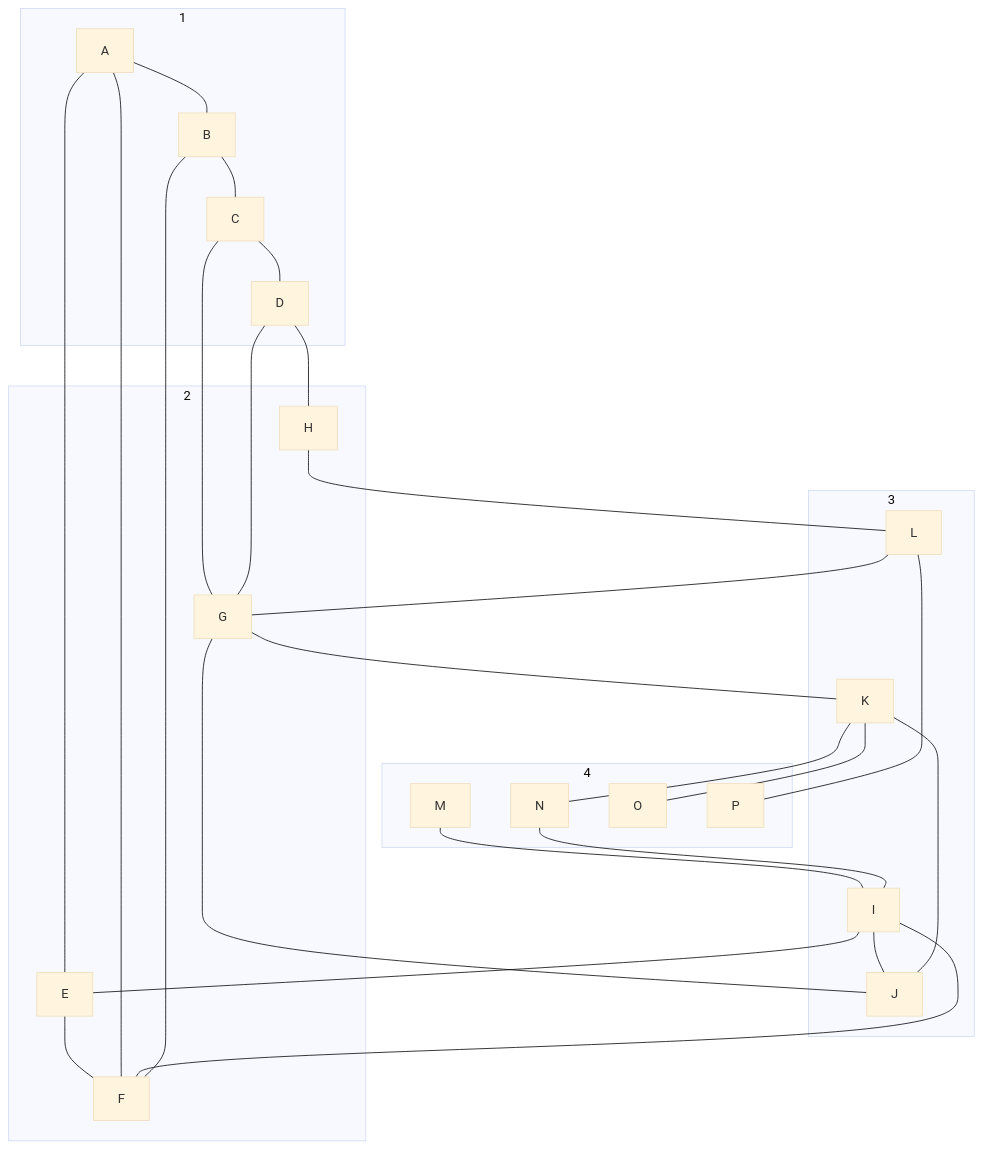
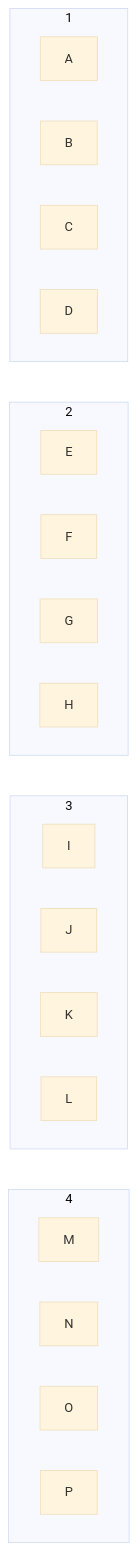
Before and after one commit to Tiggax/Zapiski: the diagram in 2. Letnik/Podatkovne strukture in algoritmi/vaje 12-1-2022.md, drawn with Mermaid (base theme). The commit also changed other lines of this file, not shown here.

Commit message:
flyingarchie backup: 2022-01-12 15:46:33

````diff
--- a/2. Letnik/Podatkovne strukture in algoritmi/vaje 12-1-2022.md
+++ b/2. Letnik/Podatkovne strukture in algoritmi/vaje 12-1-2022.md
@@ -15,37 +15,32 @@
 ```mermaid
-graph TD
+graph LR
 subgraph 1
+direction LR
 A
 B
 C
 D
 end
 subgraph 2
+direction LR
 E
 F
 G
 H
 end
 subgraph 3
+direction LR
 I
 J
 K
 L
 end
 subgraph 4
+direction LR
 M
 N
 O
 P
 end
 
-M---I---E---A---B---C---D---H---L---P
-L---G---K---O
-E---F---A
-F---I
-F---B
-I---J---K---N
-N---I
-J---G---C
-G---D
 ```
````
